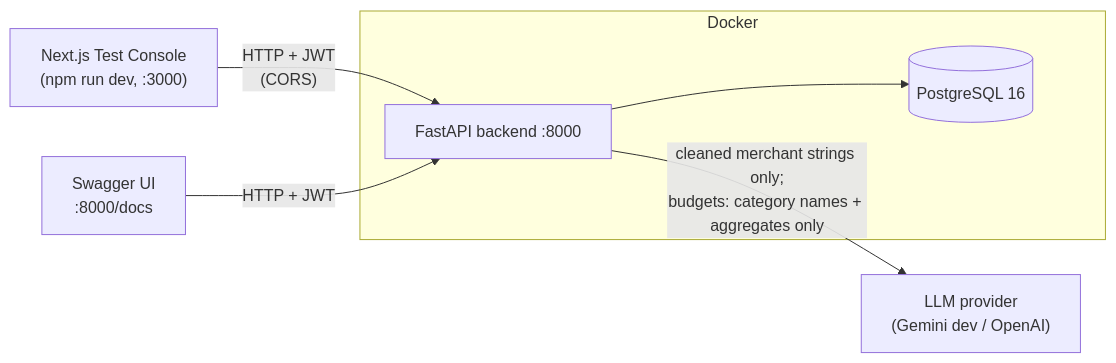
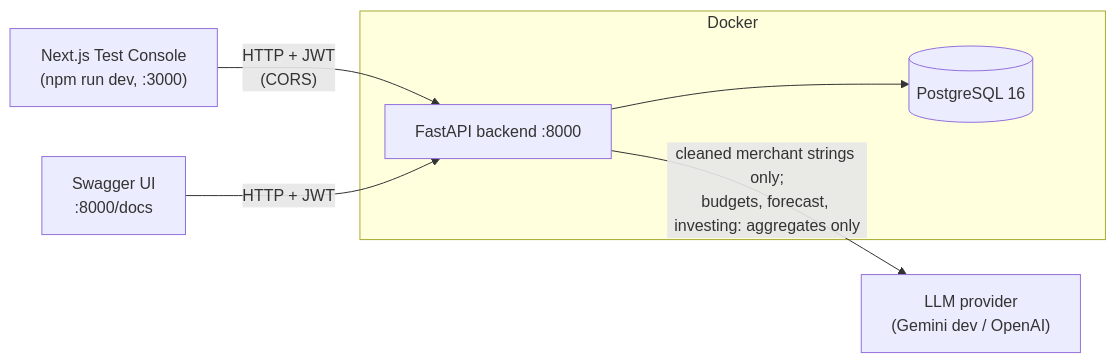
One commit to Vishesh-1204/CAPSTONE_FINANCE_ADVISOR changed the first of 3 diagrams in docs/architecture.md. Above: the diagram before and after it, drawn with Mermaid. The commit also changed other lines of this file and 9 other files, not shown here.

````diff
--- a/docs/architecture.md
+++ b/docs/architecture.md
@@ -12,9 +15,9 @@
 ```mermaid
 flowchart LR
     Browser["Next.js Test Console<br/>(npm run dev, :3000)"] -- "HTTP + JWT<br/>(CORS)" --> API
     Swagger["Swagger UI<br/>:8000/docs"] -- "HTTP + JWT" --> API
     subgraph Docker
         API["FastAPI backend :8000"] --> DB[("PostgreSQL 16")]
     end
-    API -- "cleaned merchant strings only;<br/>budgets: category names + aggregates only" --> LLM["LLM provider<br/>(Gemini dev / OpenAI)"]
+    API -- "cleaned merchant strings only;<br/>budgets, forecast, investing: aggregates only" --> LLM["LLM provider<br/>(Gemini dev / OpenAI)"]
 ```
````
